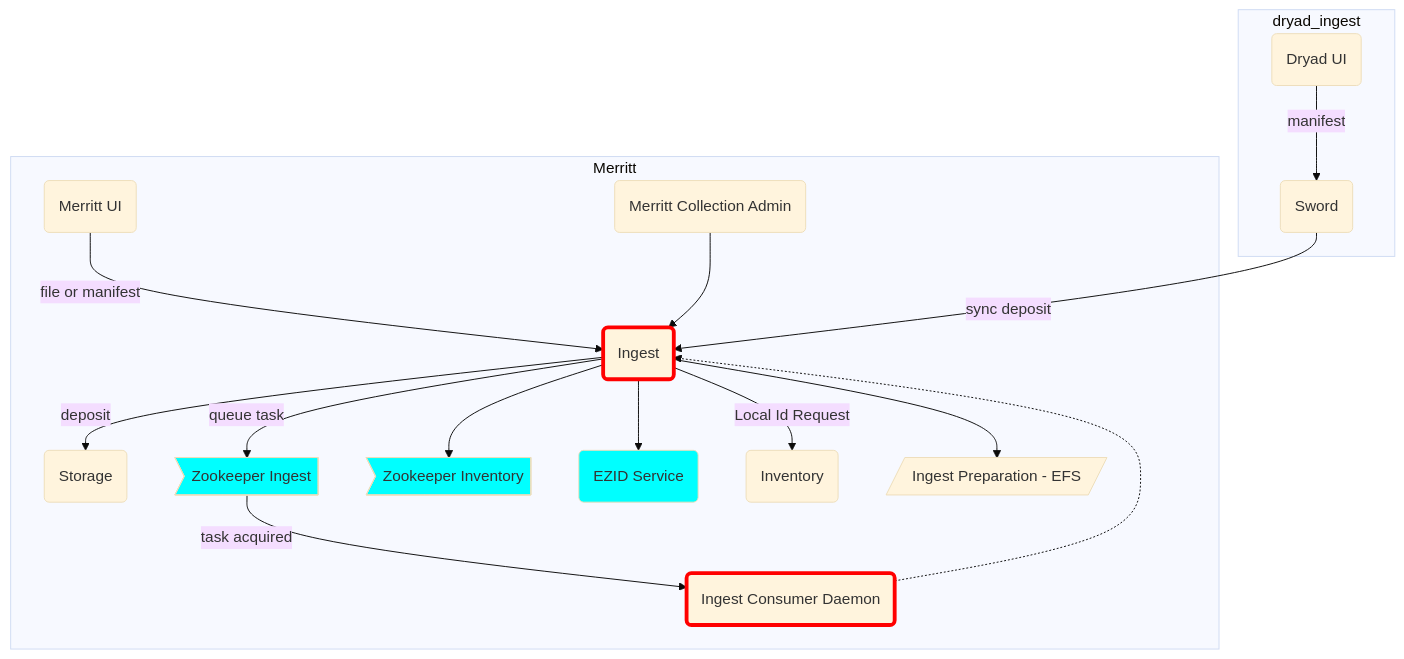
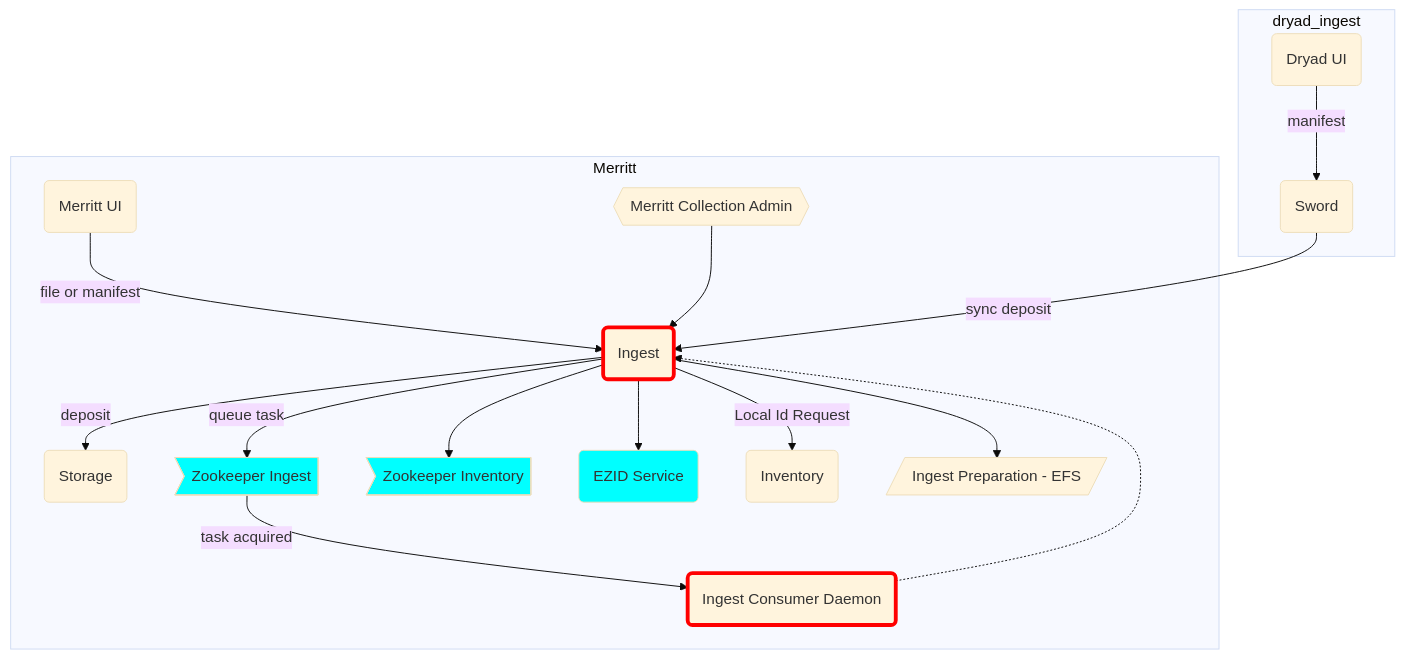
Before and after one commit to CDLUC3/mrt-doc: the diagram in diagrams/ingest.mmd, drawn with Mermaid. The commit also changed 1 other file, not shown here.

```diff
--- a/diagrams/ingest.mmd
+++ b/diagrams/ingest.mmd
@@ -1,37 +1,37 @@
 %%{init: {'theme': 'base'}}%%
 graph TD
   UI("Merritt UI")
   ING(Ingest)
   INGCON(Ingest Consumer Daemon)
   ST(Storage)
   ZOOING>Zookeeper Ingest]
   ZOOINV>Zookeeper Inventory]
   EZID(EZID Service)
   INV(Inventory)
   DRYAD(Dryad UI)
   SWORD(Sword)
   EFS[/Ingest Preparation - EFS/]
-  COLLAD(Merritt Collection Admin)
+  COLLAD{{Merritt Collection Admin}}
 
   subgraph Merritt
     UI --> |"file or manifest"| ING
     ING --> |deposit| ST
     ING --> |queue task| ZOOING
     ING --> ZOOINV
     ING --> EFS
     ING --> |Local Id Request| INV
     ZOOING --> |task acquired| INGCON
     INGCON -.-> ING
     ING --> EZID
     COLLAD --> ING
   end
   subgraph dryad_ingest
     DRYAD --> |manifest| SWORD
     SWORD --> |sync deposit| ING
   end
 
   style ZOOING fill:cyan
   style ZOOINV fill:cyan
   style EZID fill:cyan
   style ING stroke:red,stroke-width:4px
   style INGCON stroke:red,stroke-width:4px
```
